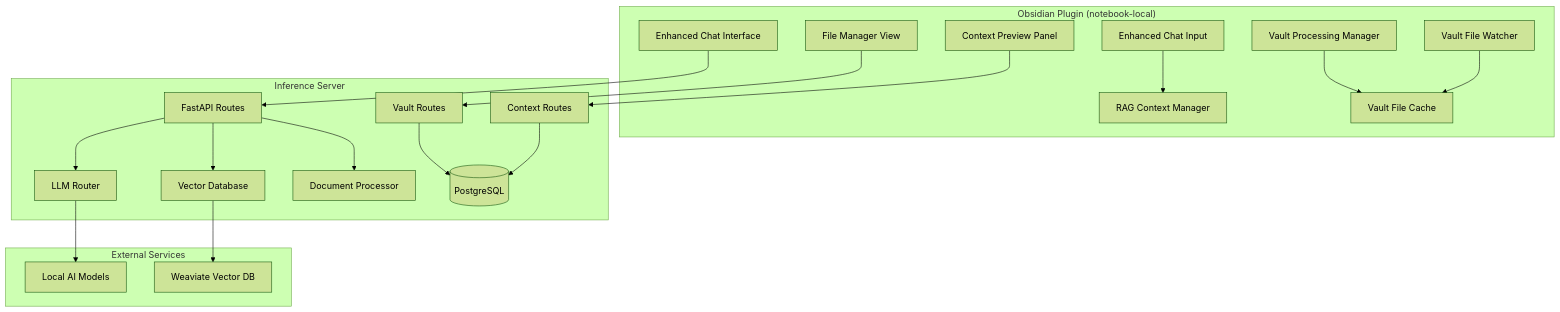
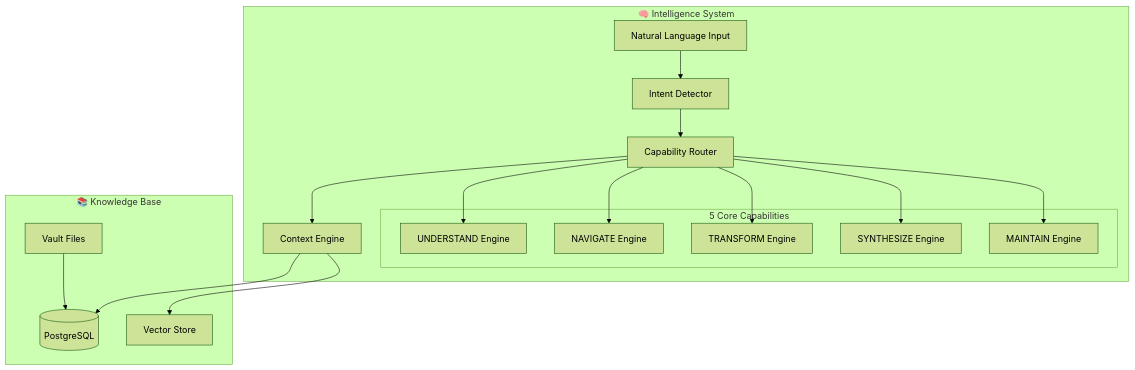
The diagram in README.md (YBIGTA/26th-summer-NotebookLocal), drawn with Mermaid (forest theme) before and after one commit. The commit also changed other lines of this file and 26 other files, not shown here.

````diff
--- a/README.md
+++ b/README.md
@@ -7,42 +16,36 @@
 ```mermaid
 graph TB
-    subgraph "Obsidian Plugin (notebook-local)"
-        UI[Enhanced Chat Interface]
-        FM[File Manager View]
-        CP[Context Preview Panel]
-        ECI[Enhanced Chat Input]
-        RCM[RAG Context Manager]
-        VPM[Vault Processing Manager]
-        VFC[Vault File Cache]
-        VFW[Vault File Watcher]
+    subgraph "🧠 Intelligence System"
+        UI[Natural Language Input]
+        ID[Intent Detector]
+        CR[Capability Router]
+        CE[Context Engine]
+        
+        subgraph "5 Core Capabilities"
+            UE[UNDERSTAND Engine]
+            NE[NAVIGATE Engine] 
+            TE[TRANSFORM Engine]
+            SE[SYNTHESIZE Engine]
+            ME[MAINTAIN Engine]
+        end
     end
     
-    subgraph "Inference Server"
-        API[FastAPI Routes]
-        VR[Vault Routes]
-        CR[Context Routes]
-        LLM[LLM Router]
-        VDB[Vector Database]
+    subgraph "📚 Knowledge Base"
         PG[(PostgreSQL)]
-        PROC[Document Processor]
+        VDB[Vector Store]
+        FILES[Vault Files]
     end
     
-    subgraph "External Services"
-        MODELS[Local AI Models]
-        WEAVIATE[Weaviate Vector DB]
-    end
+    UI --> ID
+    ID --> CR
+    CR --> CE
+    CE --> PG
+    CE --> VDB
+    CR --> UE
+    CR --> NE
+    CR --> TE
+    CR --> SE
+    CR --> ME
     
-    UI --> API
-    FM --> VR
-    CP --> CR
-    ECI --> RCM
-    VPM --> VFC
-    VFW --> VFC
-    API --> LLM
-    VR --> PG
-    CR --> PG
-    API --> VDB
-    API --> PROC
-    LLM --> MODELS
-    VDB --> WEAVIATE
+    FILES --> PG
 ```
````
